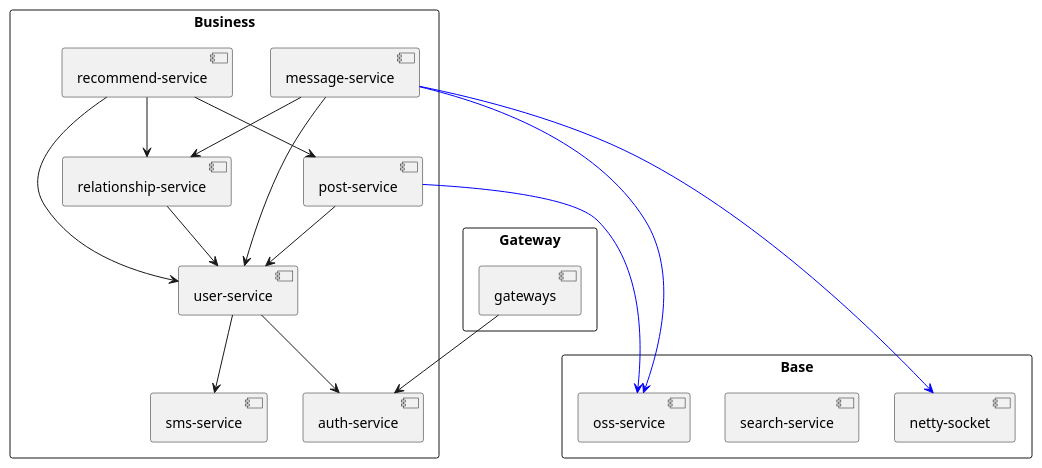
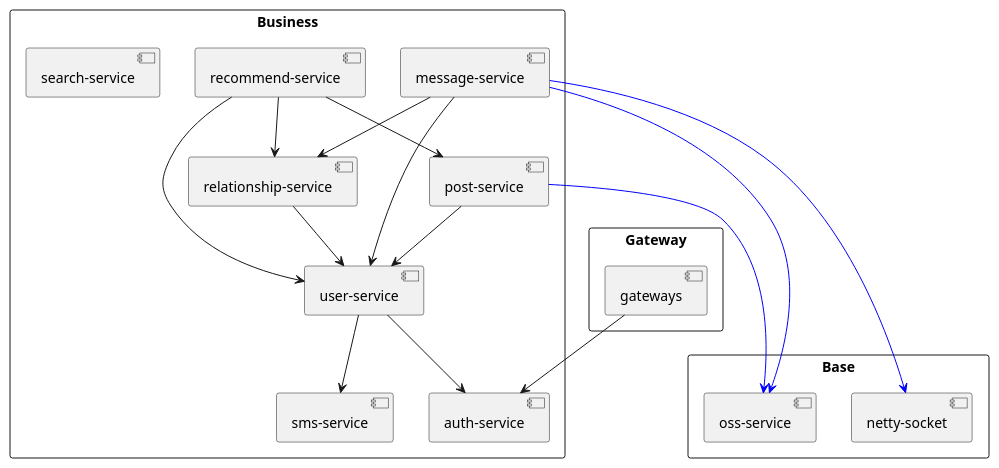
The diagram in spring-server/docs/service依赖树.puml (nangong918/SmartMedicine-App), drawn with PlantUML before and after one commit. The commit also changed other lines of this file and 16 other files, not shown here.

First line of the commit message:
refactor(maven): 调整 search-service 项目结构和依赖

```diff
--- a/spring-server/docs/service依赖树.puml
+++ b/spring-server/docs/service依赖树.puml
@@ -1,44 +1,44 @@
 @startuml
 skinparam packageStyle rectangle
 
 
 package "Base" {
     [netty-socket]
-    [search-service]
     [oss-service]
 }
 
 package "Business" {
     [user-service]
     [auth-service]
     [sms-service]
     [message-service]
     [relationship-service]
     [post-service]
     [recommend-service]
+    [search-service]
 
     [message-service] --> [user-service]
     [message-service] --> [relationship-service]
     [message-service] -[#0000FF]--> [oss-service]
     [message-service] -[#0000FF]--> [netty-socket]
 
     [relationship-service] --> [user-service]
 
     [user-service] --> [auth-service]
     [user-service] --> [sms-service]
 
     [post-service] --> [user-service]
     [post-service] -[#0000FF]--> [oss-service]
 
     [recommend-service] --> [user-service]
     [recommend-service] --> [post-service]
     [recommend-service] --> [relationship-service]
 }
 
 package "Gateway" {
     [gateways]
 
     [gateways] --> [auth-service]
 }
 
 @enduml
```
